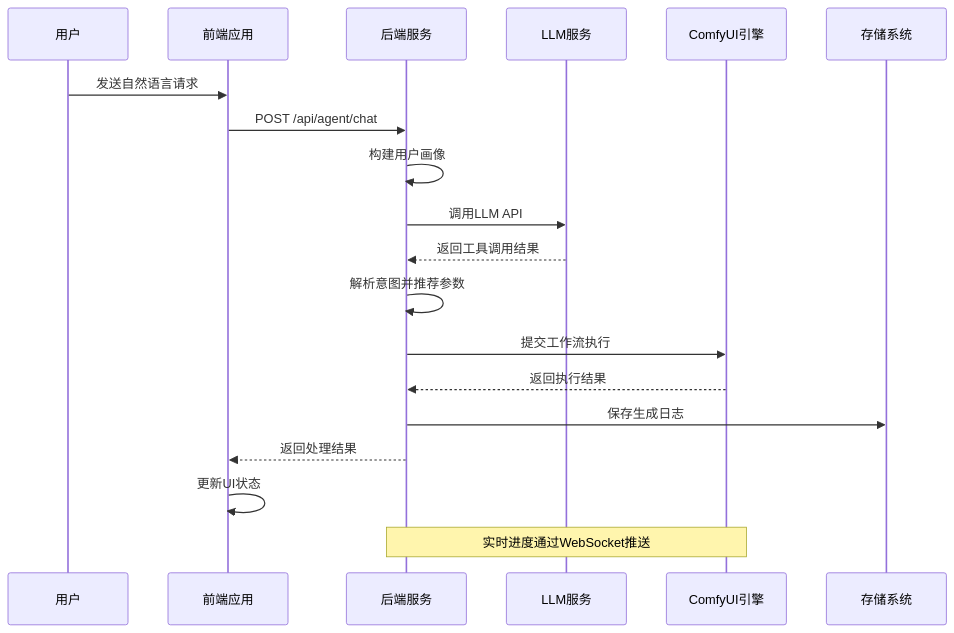
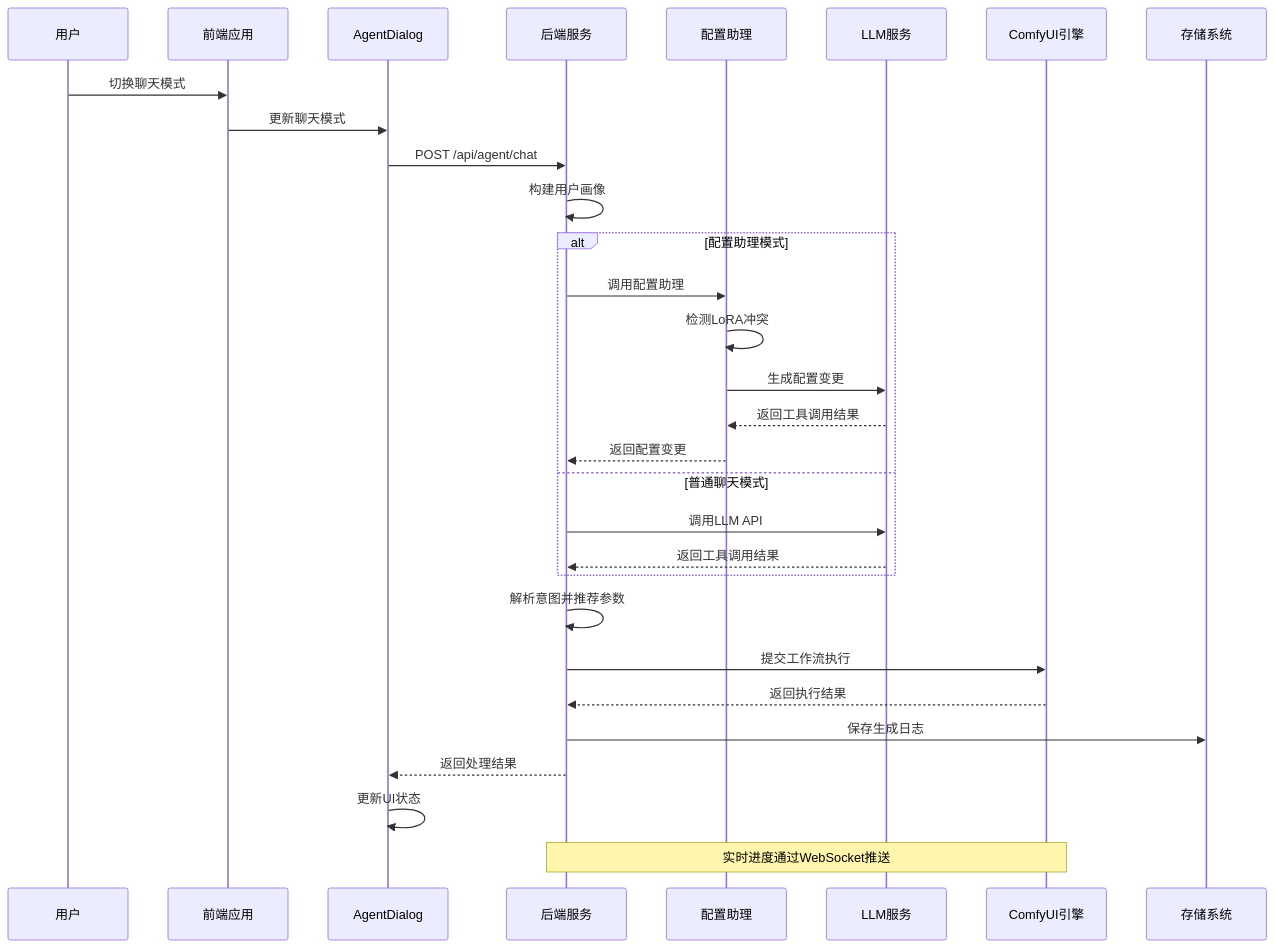
One commit to billye220670/CorineKit_Pix2Real changed the fifth of 23 diagrams in .qoder/repowiki/zh/content/前端应用/AI智能代理系统/AI智能代理系统.md. Above: the diagram before and after it, drawn with Mermaid. The commit also changed other lines of this file and 11 other files, not shown here.

````diff
--- a/.qoder/repowiki/zh/content/前端应用/AI智能代理系统/AI智能代理系统.md
+++ b/.qoder/repowiki/zh/content/前端应用/AI智能代理系统/AI智能代理系统.md
@@ -267,21 +308,32 @@
 ```mermaid
 sequenceDiagram
 participant User as 用户
 participant Frontend as 前端应用
+participant Dialog as AgentDialog
 participant Backend as 后端服务
+participant ConfigAssistant as 配置助理
 participant LLM as LLM服务
 participant ComfyUI as ComfyUI引擎
 participant Storage as 存储系统
-User->>Frontend : 发送自然语言请求
-Frontend->>Backend : POST /api/agent/chat
+User->>Frontend : 切换聊天模式
+Frontend->>Dialog : 更新聊天模式
+Dialog->>Backend : POST /api/agent/chat
 Backend->>Backend : 构建用户画像
+alt 配置助理模式
+Backend->>ConfigAssistant : 调用配置助理
+ConfigAssistant->>ConfigAssistant : 检测LoRA冲突
+ConfigAssistant->>LLM : 生成配置变更
+LLM-->>ConfigAssistant : 返回工具调用结果
+ConfigAssistant-->>Backend : 返回配置变更
+else 普通聊天模式
 Backend->>LLM : 调用LLM API
 LLM-->>Backend : 返回工具调用结果
+end
 Backend->>Backend : 解析意图并推荐参数
 Backend->>ComfyUI : 提交工作流执行
 ComfyUI-->>Backend : 返回执行结果
 Backend->>Storage : 保存生成日志
-Backend-->>Frontend : 返回处理结果
-Frontend->>Frontend : 更新UI状态
+Backend-->>Dialog : 返回处理结果
+Dialog->>Dialog : 更新UI状态
 Note over Backend,ComfyUI : 实时进度通过WebSocket推送
 ```
````
